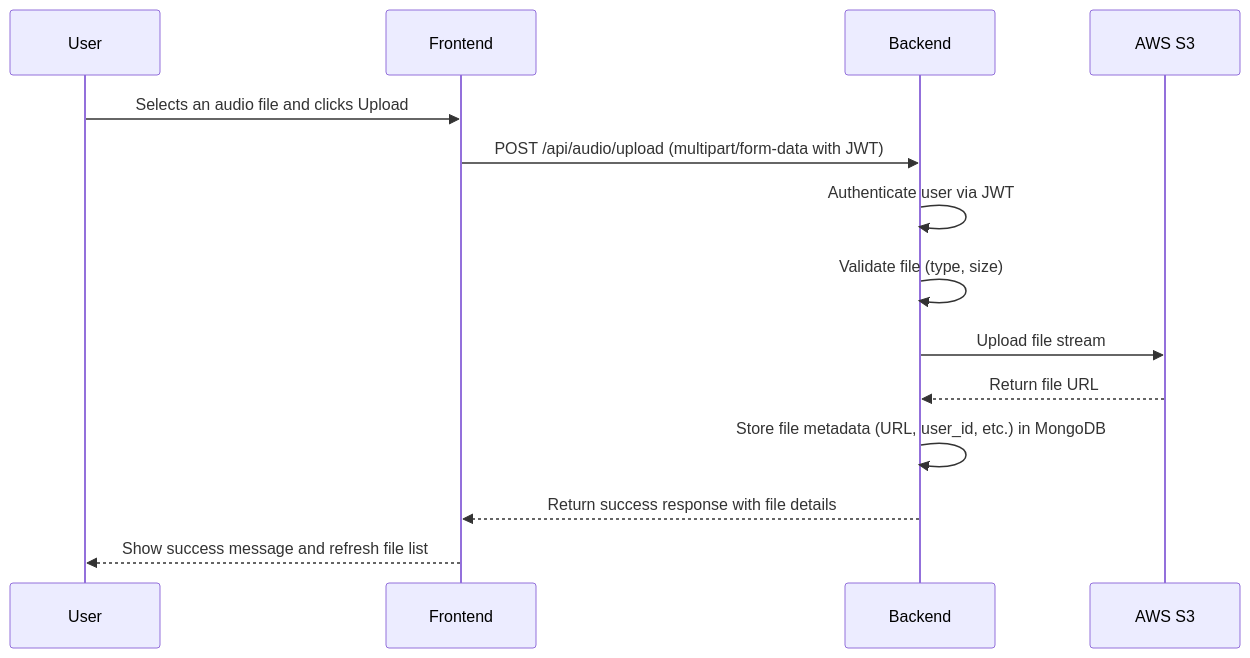
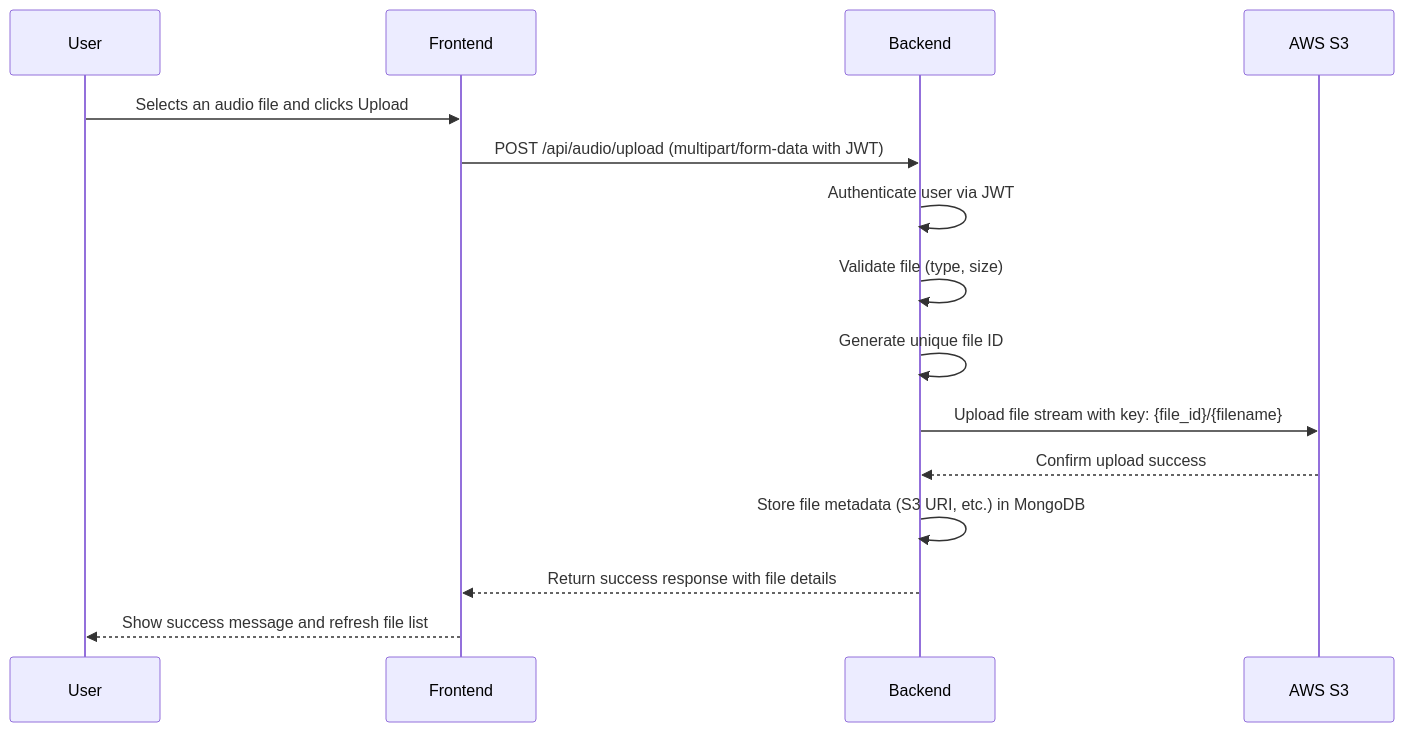
Before and after one commit to ajay-sai-goud/FullStackBaseApp: the third of 4 diagrams in docs/architecture_diagrams.md, drawn with Mermaid. The commit also changed other lines of this file and 26 other files, not shown here.

````diff
--- a/docs/architecture_diagrams.md
+++ b/docs/architecture_diagrams.md
@@ -65,17 +65,18 @@
 ```mermaid
 sequenceDiagram
     participant User
     participant Frontend
     participant Backend
     participant S3 as AWS S3
 
     User->>Frontend: Selects an audio file and clicks Upload
     Frontend->>Backend: POST /api/audio/upload (multipart/form-data with JWT)
     Backend->>Backend: Authenticate user via JWT
     Backend->>Backend: Validate file (type, size)
-    Backend->>S3: Upload file stream
-    S3-->>Backend: Return file URL
-    Backend->>Backend: Store file metadata (URL, user_id, etc.) in MongoDB
+    Backend->>Backend: Generate unique file ID
+    Backend->>S3: Upload file stream with key: {file_id}/{filename}
+    S3-->>Backend: Confirm upload success
+    Backend->>Backend: Store file metadata (S3 URI, etc.) in MongoDB
     Backend-->>Frontend: Return success response with file details
     Frontend-->>User: Show success message and refresh file list
 ```
````
